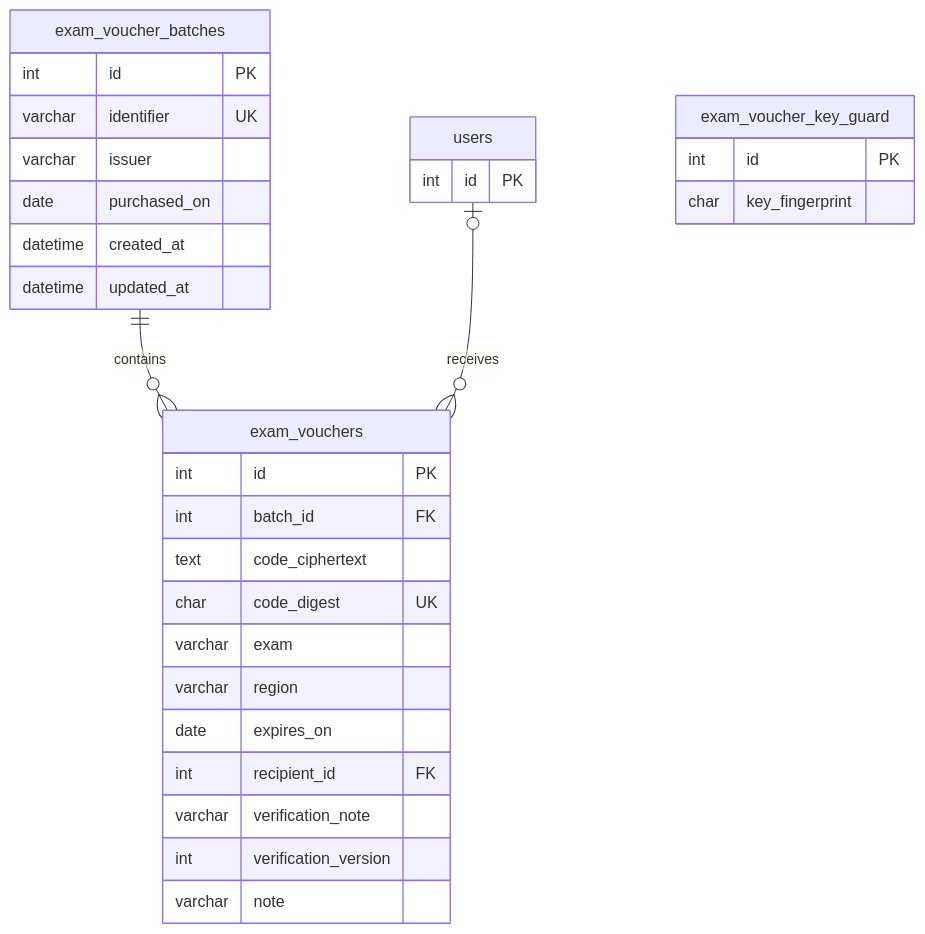
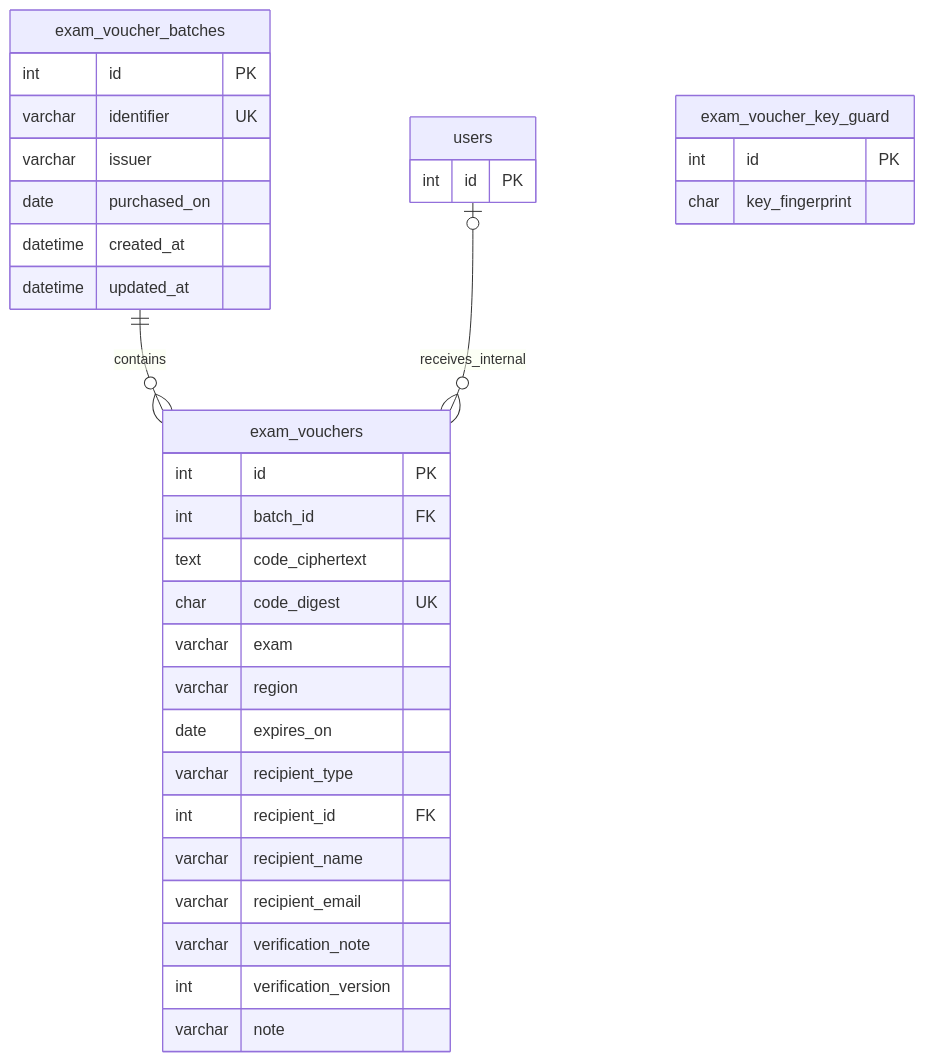
One commit to terateams/TeamsExam changed the second of 2 diagrams in docs/exam-vouchers.md. Above: the diagram before and after it, drawn with Mermaid. The commit also changed other lines of this file and 15 other files, not shown here.

First line of the commit message:
feat: Enhance Exam Vouchers module to support external recipients

````diff
--- a/docs/exam-vouchers.md
+++ b/docs/exam-vouchers.md
@@ -48,34 +48,37 @@
 ```mermaid
 erDiagram
     exam_voucher_batches ||--o{ exam_vouchers : contains
-    users o|--o{ exam_vouchers : receives
+    users o|--o{ exam_vouchers : receives_internal
 
     exam_voucher_batches {
         int id PK
         varchar identifier UK
         varchar issuer
         date purchased_on
         datetime created_at
         datetime updated_at
     }
     exam_vouchers {
         int id PK
         int batch_id FK
         text code_ciphertext
         char code_digest UK
         varchar exam
         varchar region
         date expires_on
+        varchar recipient_type
         int recipient_id FK
+        varchar recipient_name
+        varchar recipient_email
         varchar verification_note
         int verification_version
         varchar note
     }
     users {
         int id PK
     }
     exam_voucher_key_guard {
         int id PK
         char key_fingerprint
     }
 ```
````
